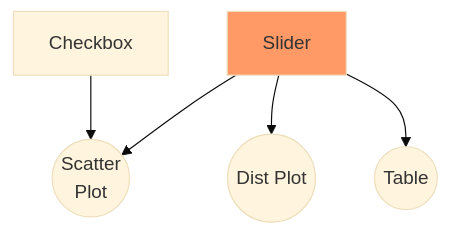
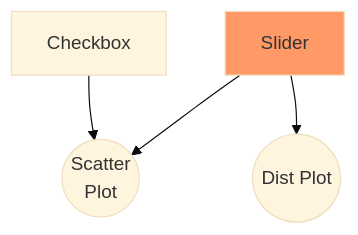
One commit to posit-dev/py-shiny-workshop changed the fourth of 11 diagrams in slides/reactivity.qmd. Above: the diagram before and after it, drawn with Mermaid (base theme). The commit also changed other lines of this file and 6 other files, not shown here.

````diff
--- a/slides/reactivity.qmd
+++ b/slides/reactivity.qmd
@@ -139,9 +149,8 @@
 ```{mermaid}
 flowchart TD
   C[Checkbox] --> Sc((Scatter\nPlot))
-  Sl --> Sc 
+  Sl[Slider]:::changed --> Sc 
   Sl --> M((Dist Plot))
-  Sl[Slider]:::changed --> T((Table))
   
   classDef changed fill:#f96
 ```
````
